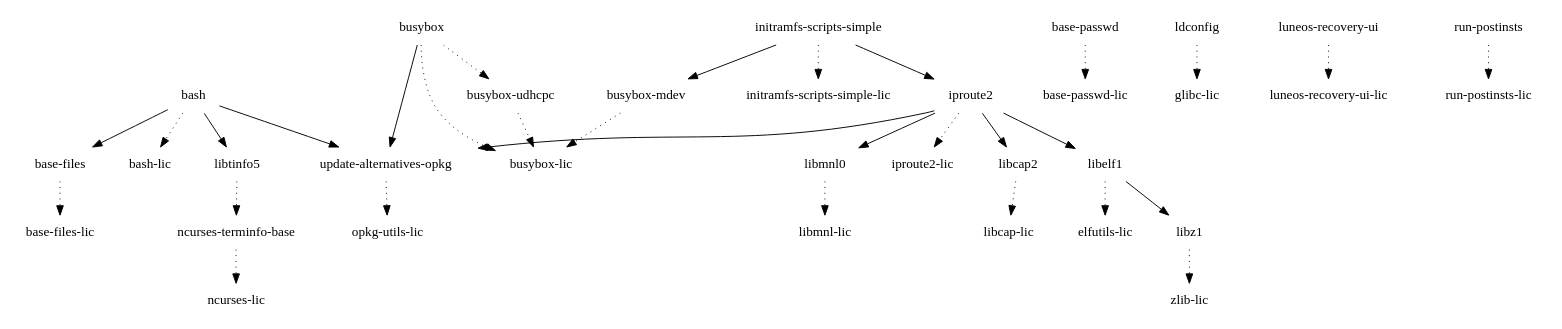
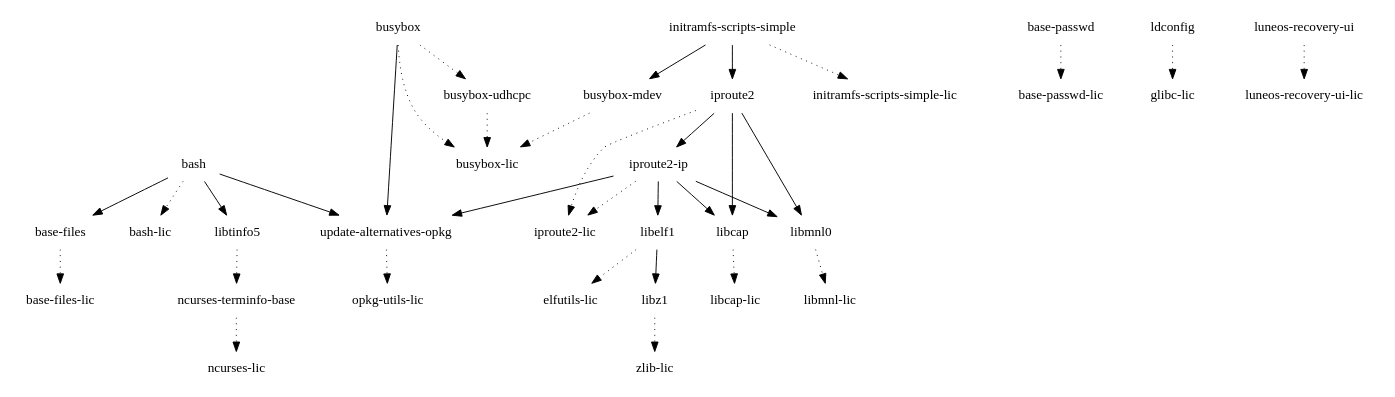
The diagram in images/pinephone/glibc/initramfs-uboot-image/depends-nokernel-nolibc.dot (webOS-ports/buildhistory), drawn with Graphviz before and after one commit. The commit also changed 9582 other files, not shown here.

```diff
--- a/images/pinephone/glibc/initramfs-uboot-image/depends-nokernel-nolibc.dot
+++ b/images/pinephone/glibc/initramfs-uboot-image/depends-nokernel-nolibc.dot
@@ -1,33 +1,36 @@
 digraph depends {
     node [shape=plaintext]
 "base-files" -> "base-files-lic" [style=dotted]
 "base-passwd" -> "base-passwd-lic" [style=dotted]
 "bash" -> "base-files"
 "bash" -> "bash-lic" [style=dotted]
 "bash" -> "libtinfo5"
 "bash" -> "update-alternatives-opkg"
 "busybox" -> "busybox-lic" [style=dotted]
 "busybox" -> "busybox-udhcpc" [style=dotted]
 "busybox-mdev" -> "busybox-lic" [style=dotted]
 "busybox-udhcpc" -> "busybox-lic" [style=dotted]
 "busybox" -> "update-alternatives-opkg"
 "initramfs-scripts-simple" -> "busybox-mdev"
 "initramfs-scripts-simple" -> "initramfs-scripts-simple-lic" [style=dotted]
 "initramfs-scripts-simple" -> "iproute2"
+"iproute2-ip" -> "iproute2-lic" [style=dotted]
+"iproute2-ip" -> "libcap"
+"iproute2-ip" -> "libelf1"
+"iproute2-ip" -> "libmnl0"
+"iproute2" -> "iproute2-ip"
 "iproute2" -> "iproute2-lic" [style=dotted]
-"iproute2" -> "libcap2"
-"iproute2" -> "libelf1"
+"iproute2-ip" -> "update-alternatives-opkg"
+"iproute2" -> "libcap"
 "iproute2" -> "libmnl0"
-"iproute2" -> "update-alternatives-opkg"
 "ldconfig" -> "glibc-lic" [style=dotted]
-"libcap2" -> "libcap-lic" [style=dotted]
+"libcap" -> "libcap-lic" [style=dotted]
 "libelf1" -> "elfutils-lic" [style=dotted]
 "libelf1" -> "libz1"
 "libmnl0" -> "libmnl-lic" [style=dotted]
 "libtinfo5" -> "ncurses-terminfo-base" [style=dotted]
 "libz1" -> "zlib-lic" [style=dotted]
 "luneos-recovery-ui" -> "luneos-recovery-ui-lic" [style=dotted]
 "ncurses-terminfo-base" -> "ncurses-lic" [style=dotted]
-"run-postinsts" -> "run-postinsts-lic" [style=dotted]
 "update-alternatives-opkg" -> "opkg-utils-lic" [style=dotted]
 }
```
